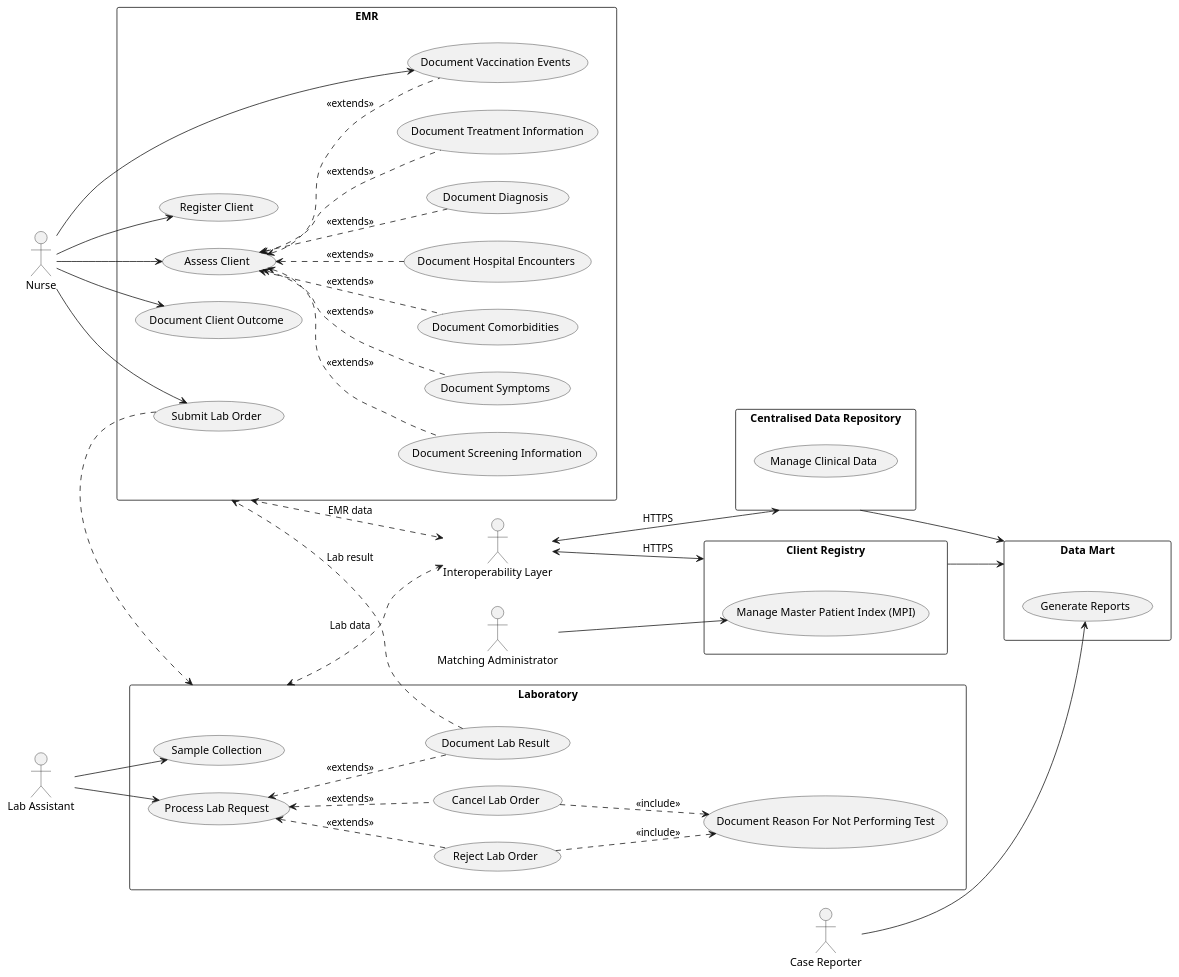
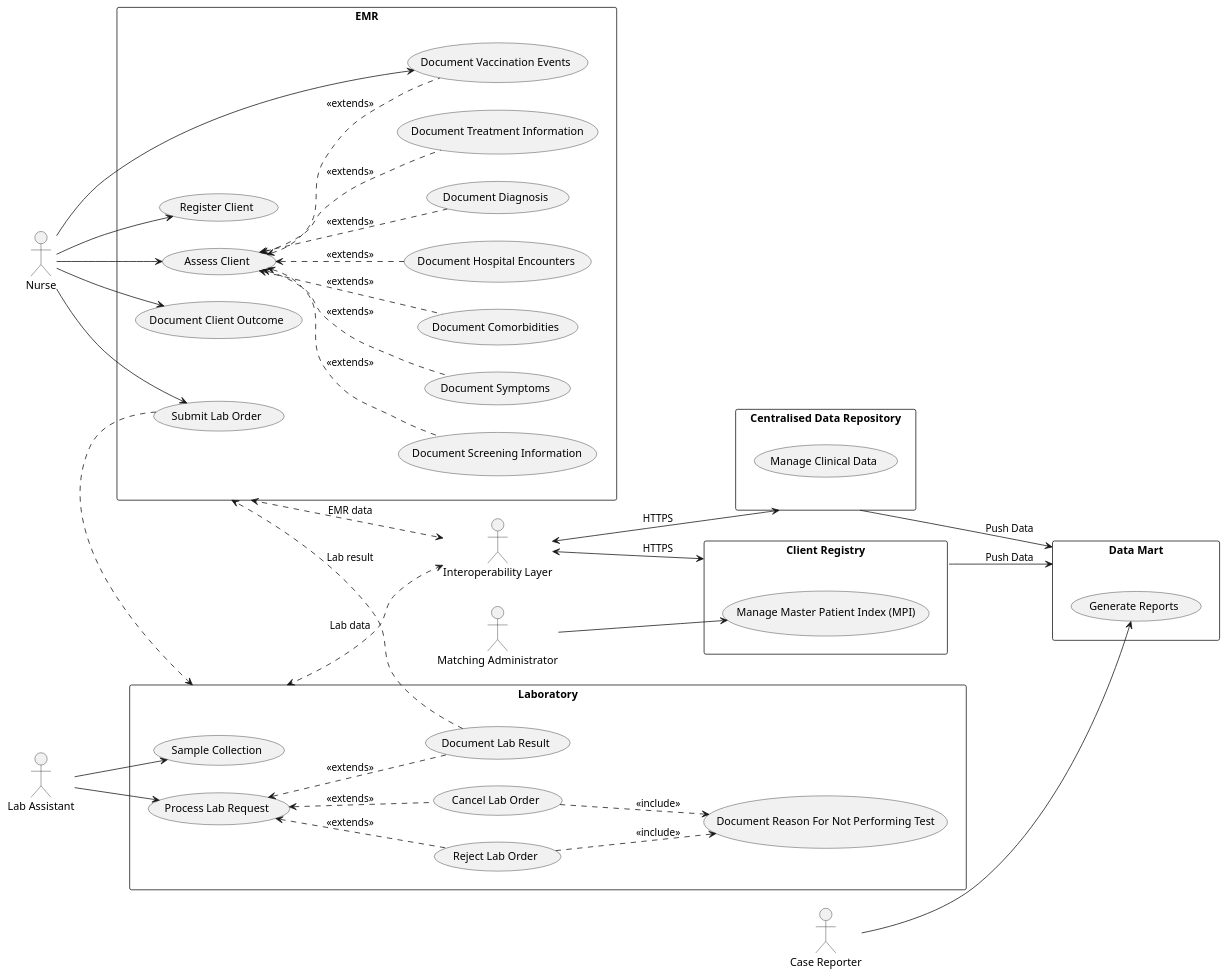
The diagram in input/images-source/uses-cases.pu (openhie/covid19-casereporting), drawn with PlantUML before and after one commit. The commit also changed 1 other file, not shown here.

```diff
--- a/input/images-source/uses-cases.pu
+++ b/input/images-source/uses-cases.pu
@@ -1,88 +1,88 @@
 @startuml UseCaseDiagram
 left to right direction
 actor "Nurse" as nurse
 rectangle EMR {
   usecase "Register Client" as UC1
   usecase "Assess Client" as UC2
   usecase "Document Screening Information" as UC3
   usecase "Document Symptoms" as UC4
   usecase "Document Comorbidities" as UC5
   usecase "Document Hospital Encounters" as UC6
   usecase "Document Diagnosis" as UC8
   usecase "Document Treatment Information" as UC9
   usecase "Document Client Outcome" as UC10
   usecase "Submit Lab Order" as UC11
   usecase "Document Vaccination Events" as UC12
   
 }
 
 nurse --> UC1
 nurse --> UC2
 nurse --> UC10
 nurse --> UC11
 nurse --> UC12
 
 (UC2) <.. (UC3) : "<<extends>>"
 (UC2) <.. (UC4) : "<<extends>>"
 (UC2) <.. (UC5) : "<<extends>>"
 (UC2) <.. (UC6) : "<<extends>>"
 (UC2) <.. (UC12) : "<<extends>>"
 (UC2) <.. (UC8) : "<<extends>>"
 (UC2) <.. (UC9) : "<<extends>>"
 
 actor "Lab Assistant" as labAssistant
 rectangle Laboratory {
   usecase "Sample Collection" as UC14
   usecase "Process Lab Request" as UC15
   usecase "Document Lab Result" as UC16
   usecase "Reject Lab Order" as UC17
   usecase "Cancel Lab Order" as UC18
   usecase "Document Reason For Not Performing Test" as UC19
 }
 
 labAssistant --> UC14
 labAssistant --> UC15
 
 
 (UC15) <.. (UC16) : "<<extends>>"
 (UC15) <.. (UC17) : "<<extends>>"
 (UC15) <.. (UC18) : "<<extends>>"
 
 (UC18) ..> (UC19) : "<<include>>"
 (UC17) ..> (UC19) : "<<include>>"
 
 (UC11) ..> Laboratory
 
 (UC16) ..> EMR : "Lab result"
 
 actor "Interoperability Layer" as iol
 rectangle "Centralised Data Repository" as cdr {
   usecase "Manage Clinical Data" as UC20
 }
 
 iol <--> cdr : "HTTPS"
 
 EMR <..> iol : "EMR data"
 Laboratory <..> iol : "Lab data"
 
 
 actor "Matching Administrator" as macthingAdmin
 rectangle "Client Registry" as cr {
   usecase "Manage Master Patient Index (MPI)" as UC21
 }
 
 macthingAdmin --> UC21
 
 iol <--> cr : "HTTPS"
 
 actor "Case Reporter" as caseReporter
 rectangle "Data Mart" as dm {
   usecase "Generate Reports" as UC22
 }
 
 caseReporter --> UC22
 
-cdr --> dm
-cr --> dm
+cdr --> dm : "Push Data"
+cr --> dm : "Push Data"
 
 @enduml
```
